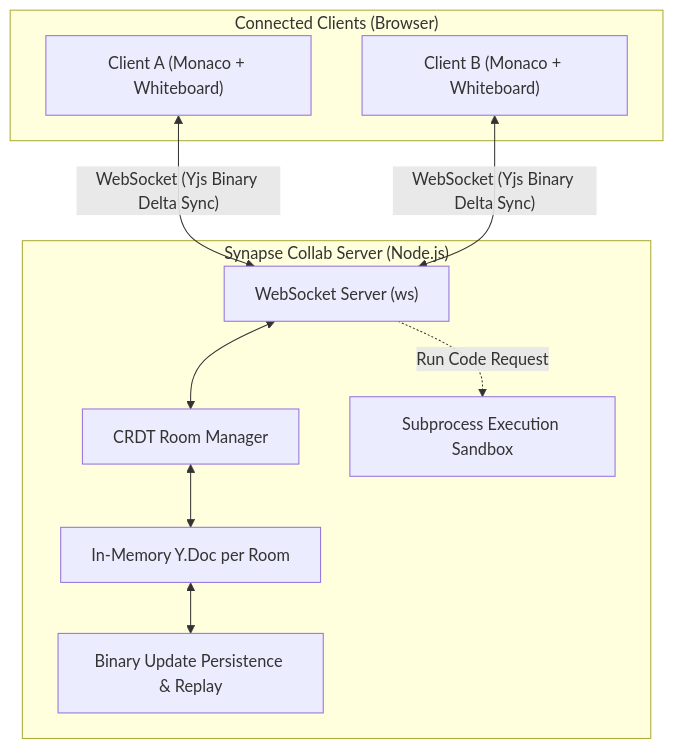
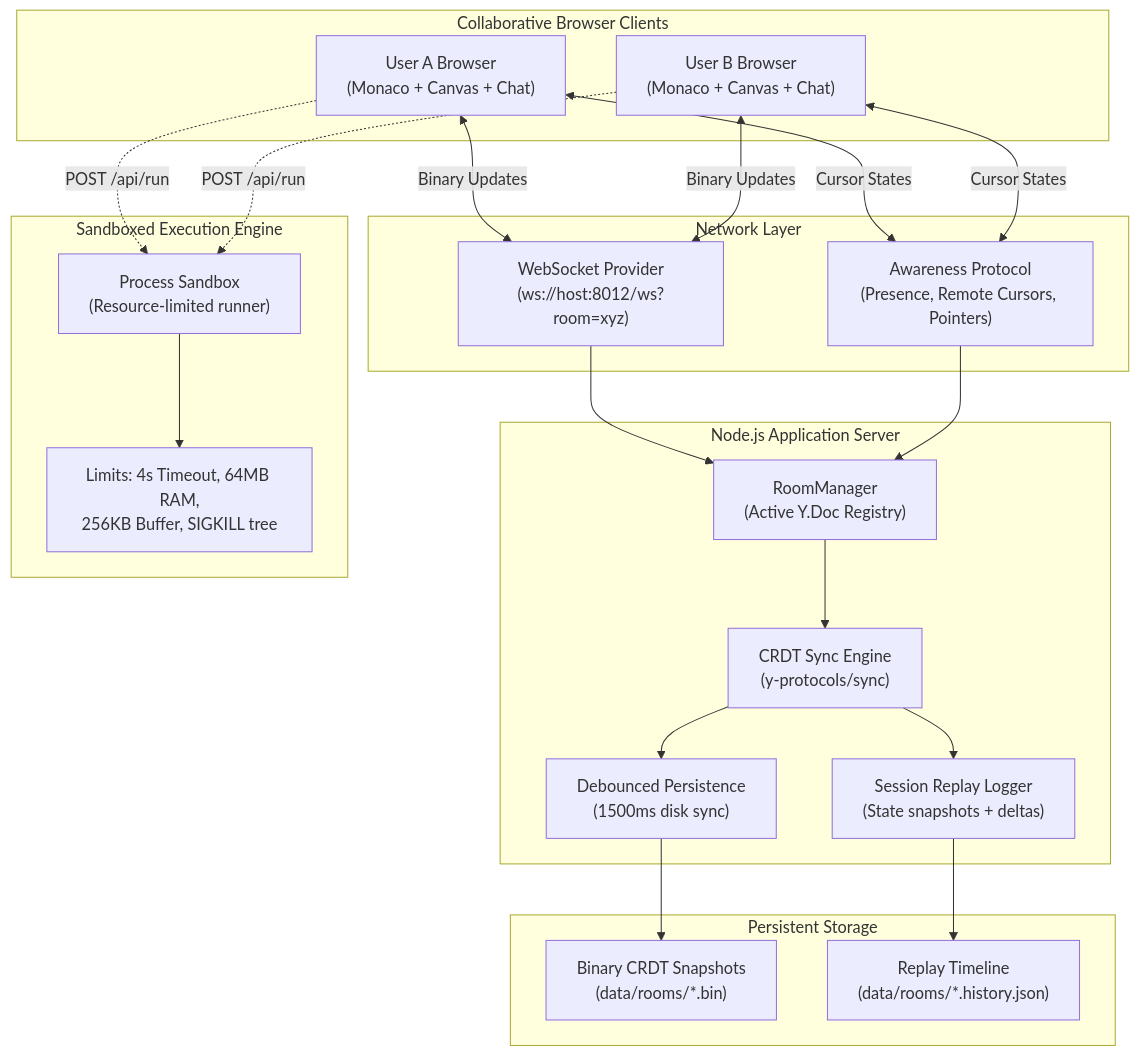
The diagram in docs/ARCHITECTURE.md (Anjelo-Sherin/collaborative-workspace), drawn with Mermaid before and after one commit. The commit also changed other lines of this file and 21 other files, not shown here.

Commit message:
docs: add architecture, API reference, deployment guide, genuine screenshots, and Docker setup

````diff
--- a/docs/ARCHITECTURE.md
+++ b/docs/ARCHITECTURE.md
@@ -24,22 +7,45 @@
 ```mermaid
 flowchart TD
-    subgraph Clients["Connected Clients (Browser)"]
-        C1["Client A (Monaco + Whiteboard)"]
-        C2["Client B (Monaco + Whiteboard)"]
+    subgraph Clients["Collaborative Browser Clients"]
+        ClientA["User A Browser\n(Monaco + Canvas + Chat)"]
+        ClientB["User B Browser\n(Monaco + Canvas + Chat)"]
     end
 
-    subgraph Server["Synapse Collab Server (Node.js)"]
-        WS["WebSocket Server (ws)"]
-        RM["CRDT Room Manager"]
-        YDoc["In-Memory Y.Doc per Room"]
-        Persist["Binary Update Persistence & Replay"]
-        SB["Subprocess Execution Sandbox"]
+    subgraph Transport["Network Layer"]
+        WS["WebSocket Provider\n(ws://host:8012/ws?room=xyz)"]
+        Awareness["Awareness Protocol\n(Presence, Remote Cursors, Pointers)"]
     end
 
-    C1 <-->|"WebSocket (Yjs Binary Delta Sync)"| WS
-    C2 <-->|"WebSocket (Yjs Binary Delta Sync)"| WS
-    WS <--> RM
-    RM <--> YDoc
-    YDoc <--> Persist
-    WS -.->|"Run Code Request"| SB
+    subgraph Server["Node.js Application Server"]
+        RoomMgr["RoomManager\n(Active Y.Doc Registry)"]
+        CRDTEngine["CRDT Sync Engine\n(y-protocols/sync)"]
+        Debounce["Debounced Persistence\n(1500ms disk sync)"]
+        ReplayEngine["Session Replay Logger\n(State snapshots + deltas)"]
+    end
+
+    subgraph Execution["Sandboxed Execution Engine"]
+        Runner["Process Sandbox\n(Resource-limited runner)"]
+        Limits["Limits: 4s Timeout, 64MB RAM,\n256KB Buffer, SIGKILL tree"]
+    end
+
+    subgraph Storage["Persistent Storage"]
+        BinDisk["Binary CRDT Snapshots\n(data/rooms/*.bin)"]
+        HistoryDisk["Replay Timeline\n(data/rooms/*.history.json)"]
+    end
+
+    ClientA <-->|Binary Updates| WS
+    ClientB <-->|Binary Updates| WS
+    ClientA <-->|Cursor States| Awareness
+    ClientB <-->|Cursor States| Awareness
+
+    WS --> RoomMgr
+    Awareness --> RoomMgr
+    RoomMgr --> CRDTEngine
+
+    CRDTEngine --> Debounce --> BinDisk
+    CRDTEngine --> ReplayEngine --> HistoryDisk
+
+    ClientA -.->|POST /api/run| Runner
+    ClientB -.->|POST /api/run| Runner
+    Runner --> Limits
 ```
````
